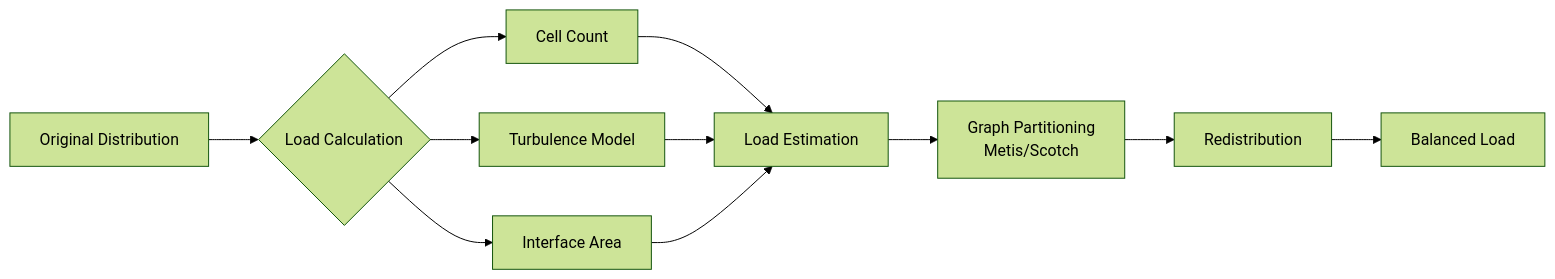
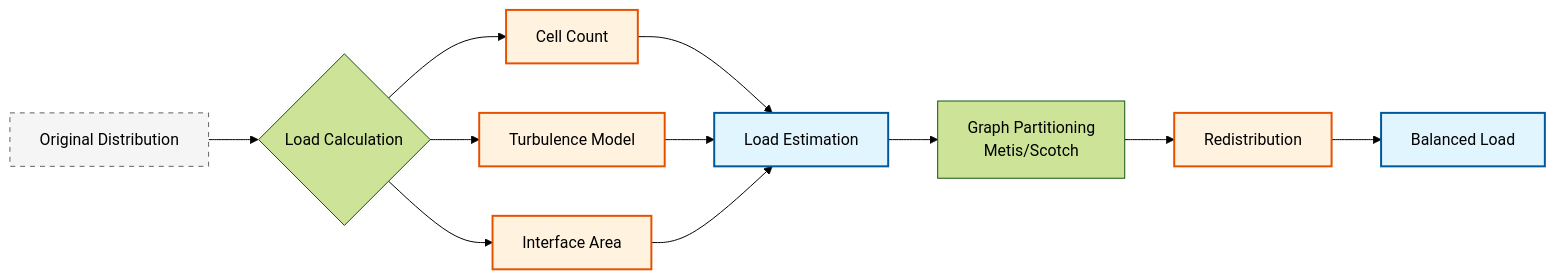
The second of 3 diagrams in MODULE_04_MULTIPHASE_FUNDAMENTALS/CONTENT/09_IMPLEMENTATION_ARCHITECTURE/05_Parallel_Implementation.md (wramet/build-my-cfd), drawn with Mermaid (forest theme) before and after one commit. The commit also changed other lines of this file and 313 other files, not shown here.

Commit message:
Revise all diagram

````diff
--- a/MODULE_04_MULTIPHASE_FUNDAMENTALS/CONTENT/09_IMPLEMENTATION_ARCHITECTURE/05_Parallel_Implementation.md
+++ b/MODULE_04_MULTIPHASE_FUNDAMENTALS/CONTENT/09_IMPLEMENTATION_ARCHITECTURE/05_Parallel_Implementation.md
@@ -151,15 +152,14 @@
 ```mermaid
 flowchart LR
-    A[Original Distribution] --> B{Load Calculation}
-    B --> C[Cell Count]
-    B --> D[Turbulence Model]
-    B --> E[Interface Area]
-
-    C --> F[Load Estimation]
-    D --> F
-    E --> F
-
-    F --> G[Graph Partitioning<br/>Metis/Scotch]
-    G --> H[Redistribution]
-    H --> I[Balanced Load]
+classDef implicit fill:#e1f5fe,stroke:#01579b,stroke-width:2px,color:#000
+classDef explicit fill:#fff3e0,stroke:#e65100,stroke-width:2px,color:#000
+classDef context fill:#f5f5f5,stroke:#616161,stroke-width:1px,color:#000,stroke-dasharray: 5 5
+A[Original Distribution]:::context --> B{Load Calculation}
+B --> C[Cell Count]:::explicit
+B --> D[Turbulence Model]:::explicit
+B --> E[Interface Area]:::explicit
+C & D & E --> F[Load Estimation]:::implicit
+F --> G[Graph Partitioning<br/>Metis/Scotch]
+G --> H[Redistribution]:::explicit
+H --> I[Balanced Load]:::implicit
 ```
````
